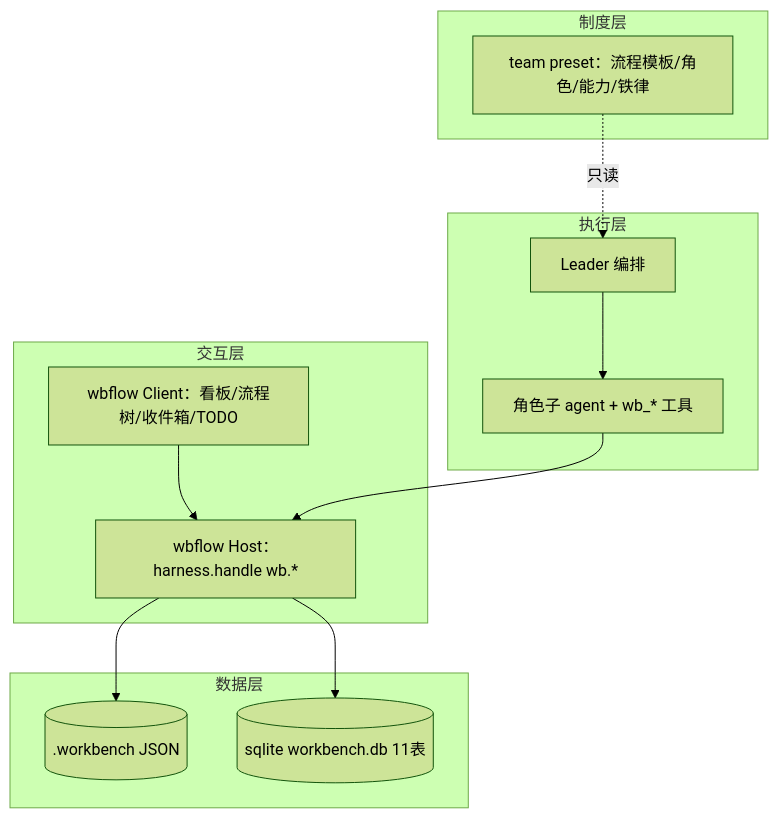
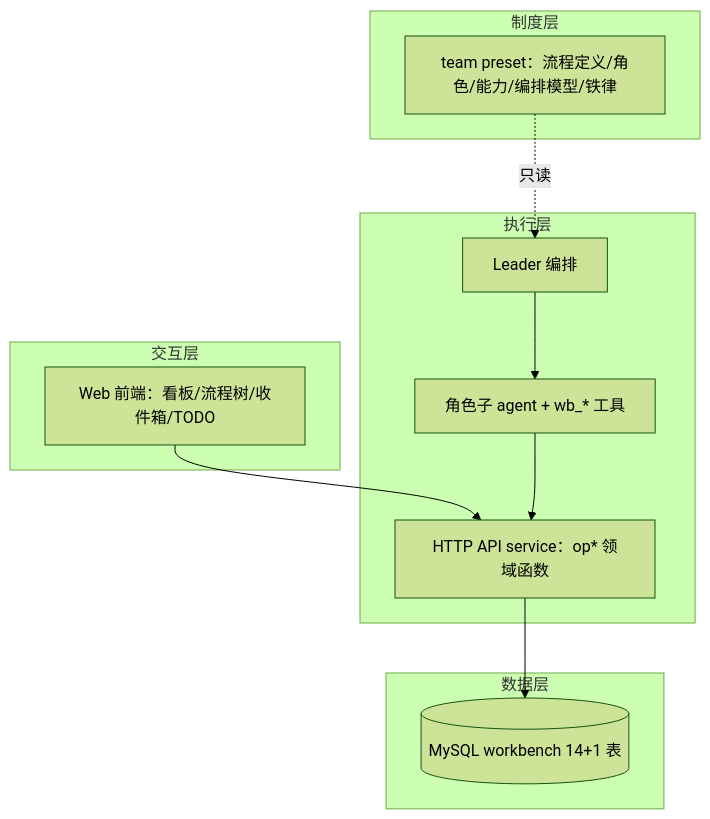
The second of 4 diagrams in docs/v1.0/arch_design.md (huzilin/dsh-flow), drawn with Mermaid (forest theme) before and after one commit. The commit also changed other lines of this file and 18 other files, not shown here.

````diff
--- a/docs/v1.0/arch_design.md
+++ b/docs/v1.0/arch_design.md
@@ -97,22 +98,22 @@
 ```mermaid
 graph TD
     subgraph 制度层
-        P[team preset：流程模板/角色/能力/铁律]
+        P[team preset：流程定义/角色/能力/编排模型/铁律]
     end
     subgraph 交互层
-        C[wbflow Client：看板/流程树/收件箱/TODO]
-        H[wbflow Host：harness.handle wb.*]
+        C[Web 前端：看板/流程树/收件箱/TODO]
     end
     subgraph 数据层
-        F[(.workbench JSON)]
-        S[(sqlite workbench.db 11表)]
+        D[(MySQL workbench 14+1 表)]
     end
     subgraph 执行层
+        API[HTTP API service：op* 领域函数]
         L2[Leader 编排]
         AG[角色子 agent + wb_* 工具]
     end
     P -.只读.-> L2
-    C --> H --> F & S
+    C --> API
+    AG --> API
     L2 --> AG
-    AG --> H
+    API --> D
 ```
````
